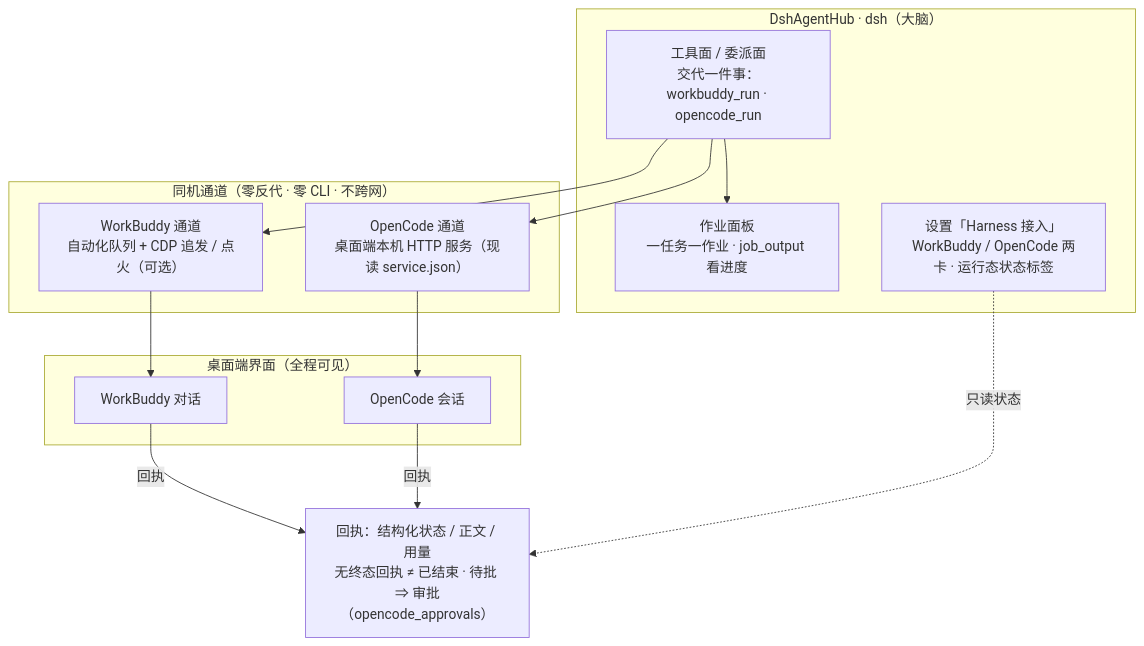
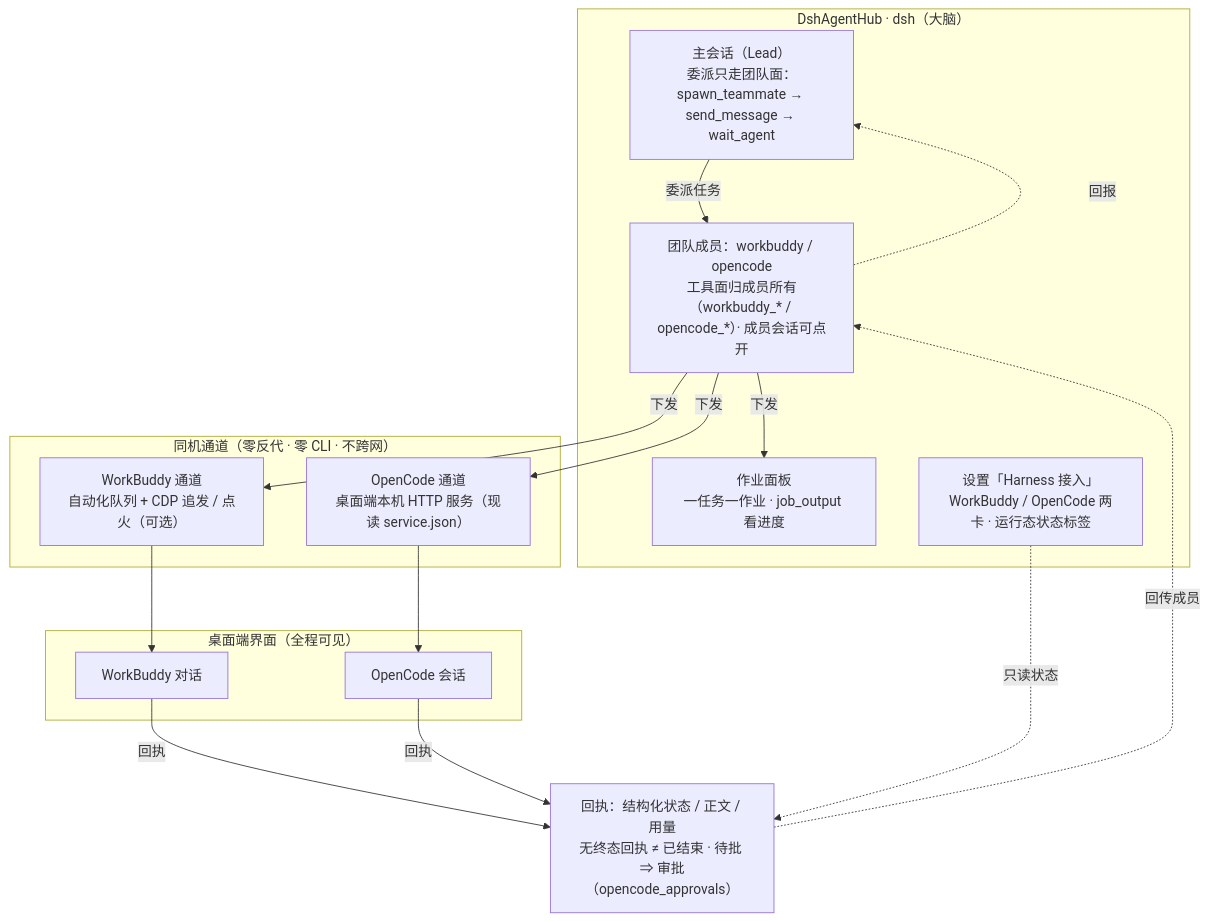
One commit to Zoupidan/DshAgentHub changed the diagram in README.md. Above: the diagram before and after it, drawn with Mermaid. The commit also changed other lines of this file, not shown here.

Commit message:
docs(readme): 架构图与文案同步「身份上移」与收编（v0.5.x）—— 主会话经团队成员委派；旧子代理通道与重复持久化行已删除

````diff
--- a/README.md
+++ b/README.md
@@ -50,23 +50,27 @@
 ```mermaid
 graph TB
     subgraph DSH["DshAgentHub · dsh（大脑）"]
-        T["工具面 / 委派面<br/>交代一件事：workbuddy_run · opencode_run"]
+        L["主会话（Lead）<br/>委派只走团队面：spawn_teammate → send_message → wait_agent"]
+        M["团队成员：workbuddy / opencode<br/>工具面归成员所有（workbuddy_* / opencode_*）· 成员会话可点开"]
         J["作业面板<br/>一任务一作业 · job_output 看进度"]
         H["设置「Harness 接入」<br/>WorkBuddy / OpenCode 两卡 · 运行态状态标签"]
     end
     subgraph CH["同机通道（零反代 · 零 CLI · 不跨网）"]
         W["WorkBuddy 通道<br/>自动化队列 + CDP 追发 / 点火（可选）"]
         O["OpenCode 通道<br/>桌面端本机 HTTP 服务（现读 service.json）"]
     end
     subgraph GUI["桌面端界面（全程可见）"]
         WD["WorkBuddy 对话"]
         OD["OpenCode 会话"]
     end
     R["回执：结构化状态 / 正文 / 用量<br/>无终态回执 ≠ 已结束 · 待批 ⇒ 审批（opencode_approvals）"]
-    T --> J
-    T --> W --> WD
-    T --> O --> OD
+    L -->|委派任务| M
+    M -->|下发| J
+    M -->|下发| W --> WD
+    M -->|下发| O --> OD
     WD -->|回执| R
     OD -->|回执| R
+    R -.回传成员.-> M
+    M -.回报.-> L
     H -.只读状态.-> R
 ```
````
